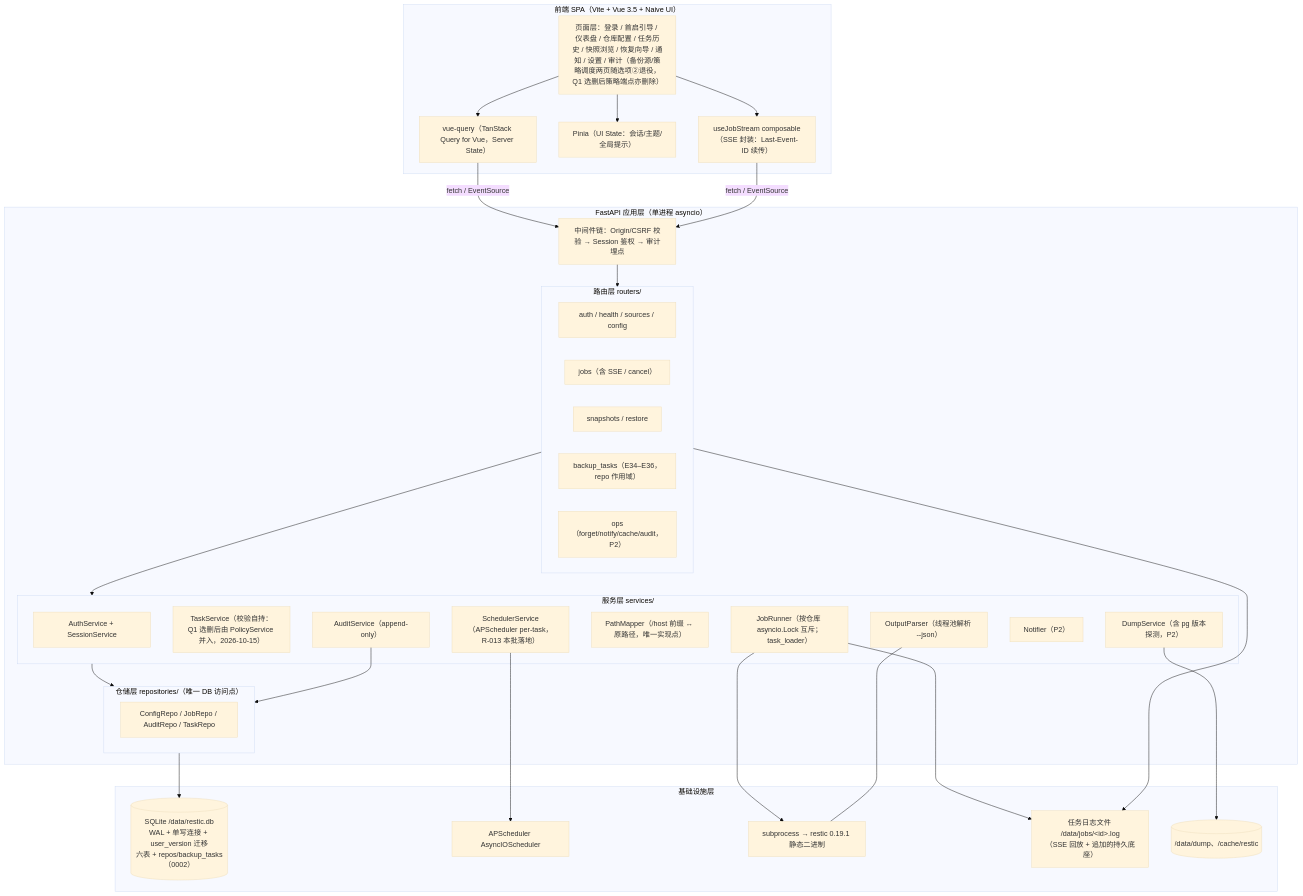
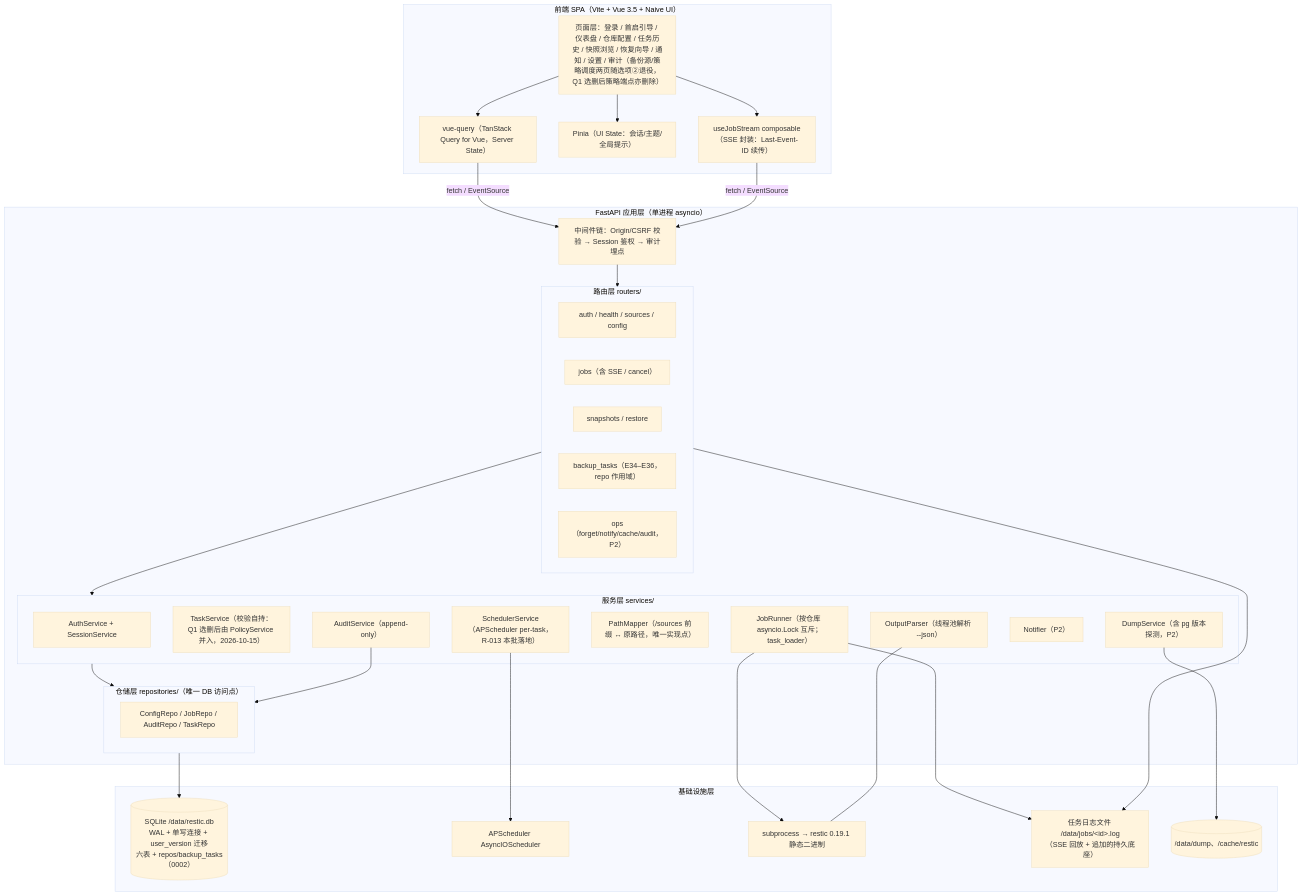
One commit to dolphin738/restic-docker-backup changed the first of 11 diagrams in web版/docs/架构设计文档.md. Above: the diagram before and after it, drawn with Mermaid (base theme). The commit also changed other lines of this file and 12 other files, not shown here.

````diff
--- a/web版/docs/架构设计文档.md
+++ b/web版/docs/架构设计文档.md
@@ -21,56 +22,56 @@
 ```mermaid
 graph TB
     subgraph FE["前端 SPA（Vite + Vue 3.5 + Naive UI）"]
         PAGES["页面层：登录 / 首启引导 / 仪表盘 / 仓库配置 / 任务历史 / 快照浏览 / 恢复向导 / 通知 / 设置 / 审计（备份源/策略调度两页随选项②退役，Q1 选删后策略端点亦删除）"]
         QUERY["vue-query（TanStack Query for Vue，Server State）"]
         ZS["Pinia（UI State：会话/主题/全局提示）"]
         SSECLI["useJobStream composable（SSE 封装：Last-Event-ID 续传）"]
     end
 
     subgraph APP["FastAPI 应用层（单进程 asyncio）"]
         MW["中间件链：Origin/CSRF 校验 → Session 鉴权 → 审计埋点"]
         subgraph RT["路由层 routers/"]
             R1["auth / health / sources / config"]
             R2["jobs（含 SSE / cancel）"]
             R3["snapshots / restore"]
             R4["backup_tasks（E34–E36，repo 作用域）"]
             R5["ops（forget/notify/cache/audit，P2）"]
         end
         subgraph SVC["服务层 services/"]
             S1["AuthService + SessionService"]
             S2["TaskService（校验自持：Q1 选删后由 PolicyService 并入，2026-10-15）"]
             S3["JobRunner（按仓库 asyncio.Lock 互斥；task_loader）"]
             S4["OutputParser（线程池解析 --json）"]
-            S5["PathMapper（/host 前缀 ↔ 原路径，唯一实现点）"]
+            S5["PathMapper（/sources 前缀 ↔ 原路径，唯一实现点）"]
             S6["SchedulerService（APScheduler per-task，R-013 本批落地）"]
             S7["DumpService（含 pg 版本探测，P2）"]
             S8["Notifier（P2）"]
             S9["AuditService（append-only）"]
         end
         subgraph REPO["仓储层 repositories/（唯一 DB 访问点）"]
             RP["ConfigRepo / JobRepo / AuditRepo / TaskRepo"]
         end
     end
 
     subgraph INFRA["基础设施层"]
         DB[("SQLite /data/restic.db<br/>WAL + 单写连接 + user_version 迁移<br/>六表 + repos/backup_tasks（0002）")]
         APS["APScheduler AsyncIOScheduler"]
         SP["subprocess → restic 0.19.1 静态二进制"]
         LOGF["任务日志文件 /data/jobs/&lt;id&gt;.log<br/>（SSE 回放 + 追加的持久底座）"]
         FS[("/data/dump、/cache/restic")]
     end
 
     PAGES --> QUERY & ZS & SSECLI
     QUERY & SSECLI -->|"fetch / EventSource"| MW
     MW --> RT
     RT --> SVC
     SVC --> REPO
     REPO --> DB
     S3 --> SP
     S4 --- SP
     S3 --> LOGF
     RT --> LOGF
     S6 --> APS
     S7 --> FS
     S9 --> REPO
 ```
````
